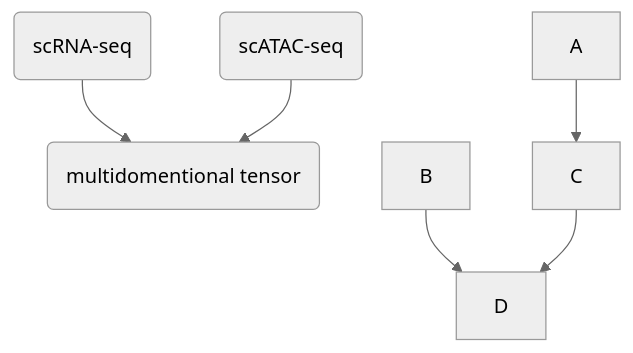
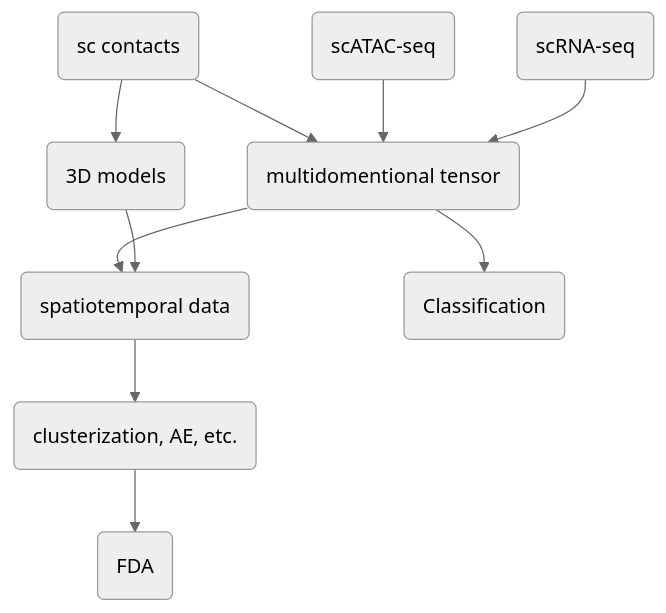
The diagram in README.md (SFGLab/Team8_PhaseSpecific_Chromatin_Changes), drawn with Mermaid (neutral theme) before and after one commit.

Commit message:
flowchart v1

````diff
--- a/README.md
+++ b/README.md
@@ -3,8 +3,12 @@
 ```mermaid
 graph TD;
-    RNA(scRNA-seq)-->T(multidomentional tensor)
+    RNA(scRNA-seq)-->T(multidomentional tensor);
     ATAC(scATAC-seq)-->T;
-    A-->C;
-    B-->D;
-    C-->D;
+    HiC(sc contacts)-->T;
+    HiC(sc contacts)-->3D(3D models);
+    3D-->STdata(spatiotemporal data);
+    T-->STdata;
+    T-->classification(Classification);
+    STdata-->Cluster(clusterization, AE, etc.);
+    Cluster-->FDA(FDA);
 ```
````
